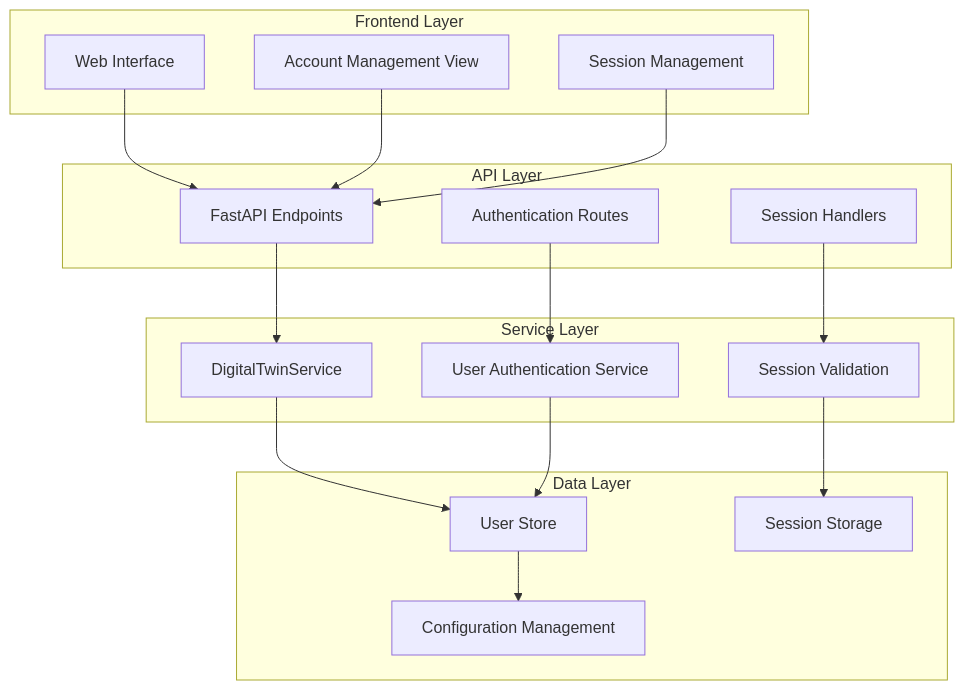
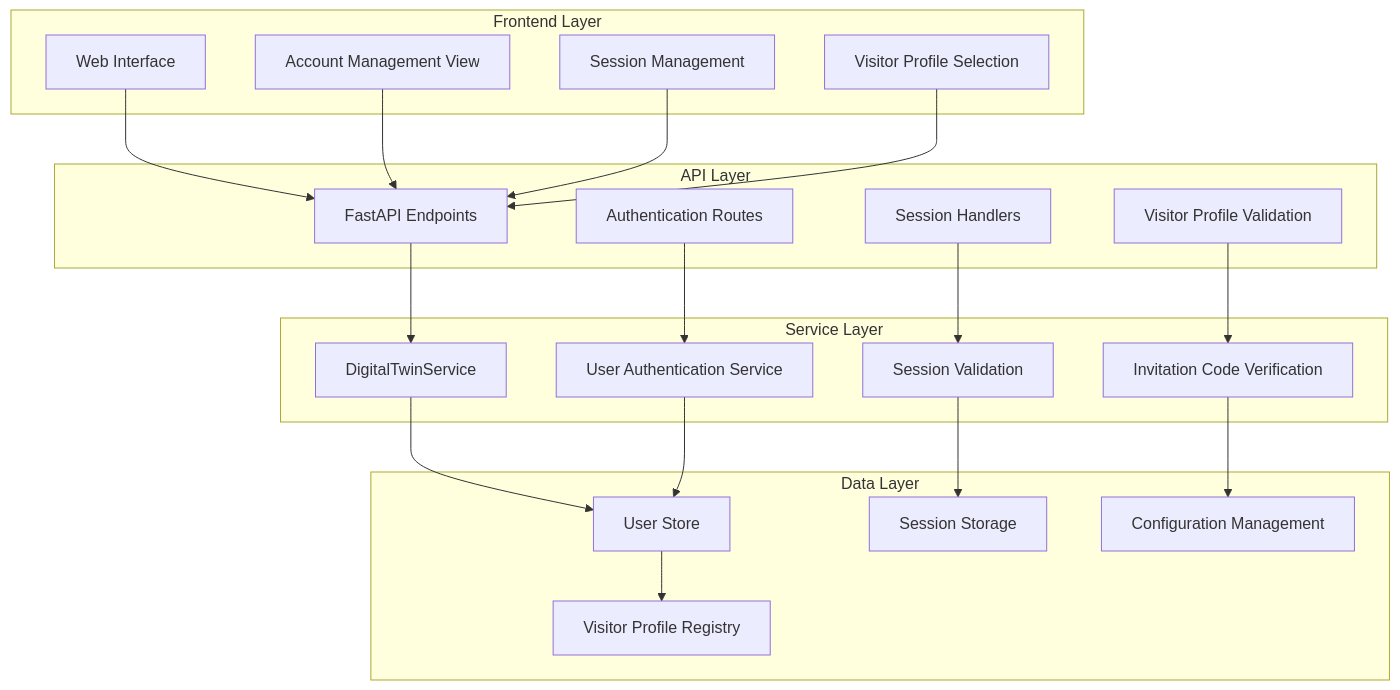
Before and after one commit to intellistream/sage-mate: the first of 9 diagrams in .qoder/repowiki/en/content/Core Components/Integrated Account Management View.md, drawn with Mermaid. The commit also changed other lines of this file and 45 other files, not shown here.

````diff
--- a/.qoder/repowiki/en/content/Core Components/Integrated Account Management View.md
+++ b/.qoder/repowiki/en/content/Core Components/Integrated Account Management View.md
@@ -37,33 +47,40 @@
 ```mermaid
 graph TB
 subgraph "Frontend Layer"
 A[Web Interface]
 B[Account Management View]
 C[Session Management]
+D[Visitor Profile Selection]
 end
 subgraph "API Layer"
-D[FastAPI Endpoints]
-E[Authentication Routes]
-F[Session Handlers]
+E[FastAPI Endpoints]
+F[Authentication Routes]
+G[Session Handlers]
+H[Visitor Profile Validation]
 end
 subgraph "Service Layer"
-G[DigitalTwinService]
-H[User Authentication Service]
-I[Session Validation]
+I[DigitalTwinService]
+J[User Authentication Service]
+K[Session Validation]
+L[Invitation Code Verification]
 end
 subgraph "Data Layer"
-J[User Store]
-K[Session Storage]
-L[Configuration Management]
+M[User Store]
+N[Session Storage]
+O[Configuration Management]
+P[Visitor Profile Registry]
 end
-A --> D
-B --> D
-C --> D
-D --> G
-E --> H
-F --> I
-G --> J
-H --> J
-I --> K
-J --> L
+A --> E
+B --> E
+C --> E
+D --> E
+E --> I
+F --> J
+G --> K
+H --> L
+I --> M
+J --> M
+K --> N
+L --> O
+M --> P
 ```
````
